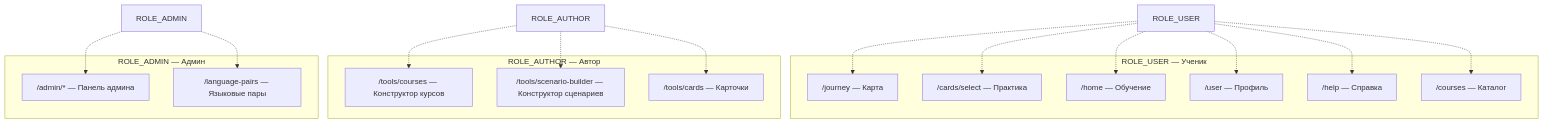
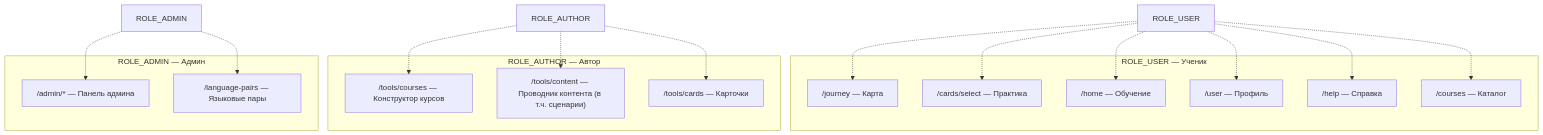
The second of 2 diagrams in docs/ARCHITECTURE/ARCHITECTURE.roles-ui.md (void2ptr-sketch/LinguaCode), drawn with Mermaid before and after one commit. The commit also changed other lines of this file and 40 other files, not shown here.

````diff
--- a/docs/ARCHITECTURE/ARCHITECTURE.roles-ui.md
+++ b/docs/ARCHITECTURE/ARCHITECTURE.roles-ui.md
@@ -53,26 +53,26 @@
 ```mermaid
 graph TB
   subgraph "ROLE_USER — Ученик"
     U1["/journey — Карта"]
     U2["/cards/select — Практика"]
     U3["/home — Обучение"]
     U4["/user — Профиль"]
     U5["/help — Справка"]
     U6["/courses — Каталог"]
   end
 
   subgraph "ROLE_AUTHOR — Автор"
     A1["/tools/courses — Конструктор курсов"]
-    A2["/tools/scenario-builder — Конструктор сценариев"]
+    A2["/tools/content — Проводник контента (в т.ч. сценарии)"]
     A3["/tools/cards — Карточки"]
   end
 
   subgraph "ROLE_ADMIN — Админ"
     AD1["/admin/* — Панель админа"]
     AD2["/language-pairs — Языковые пары"]
   end
 
   ROLE_USER -.-> U1 & U2 & U3 & U4 & U5 & U6
   ROLE_AUTHOR -.-> A1 & A2 & A3
   ROLE_ADMIN -.-> AD1 & AD2
 ```
````
